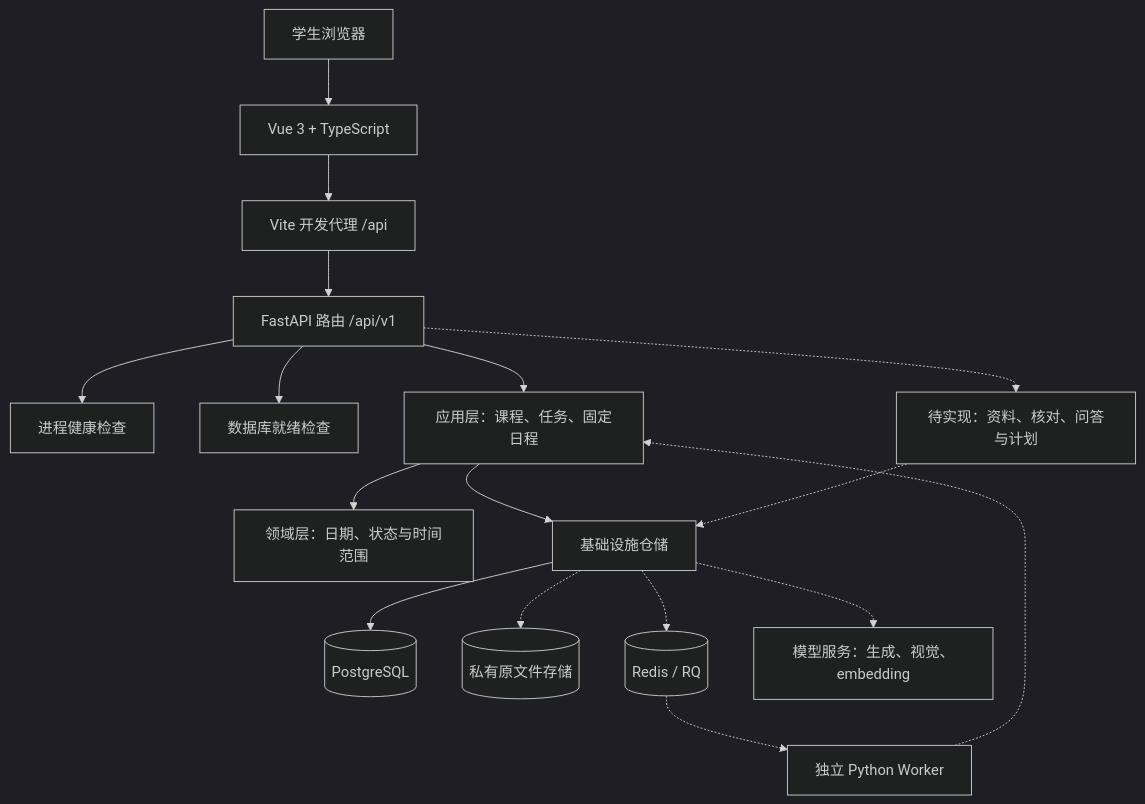
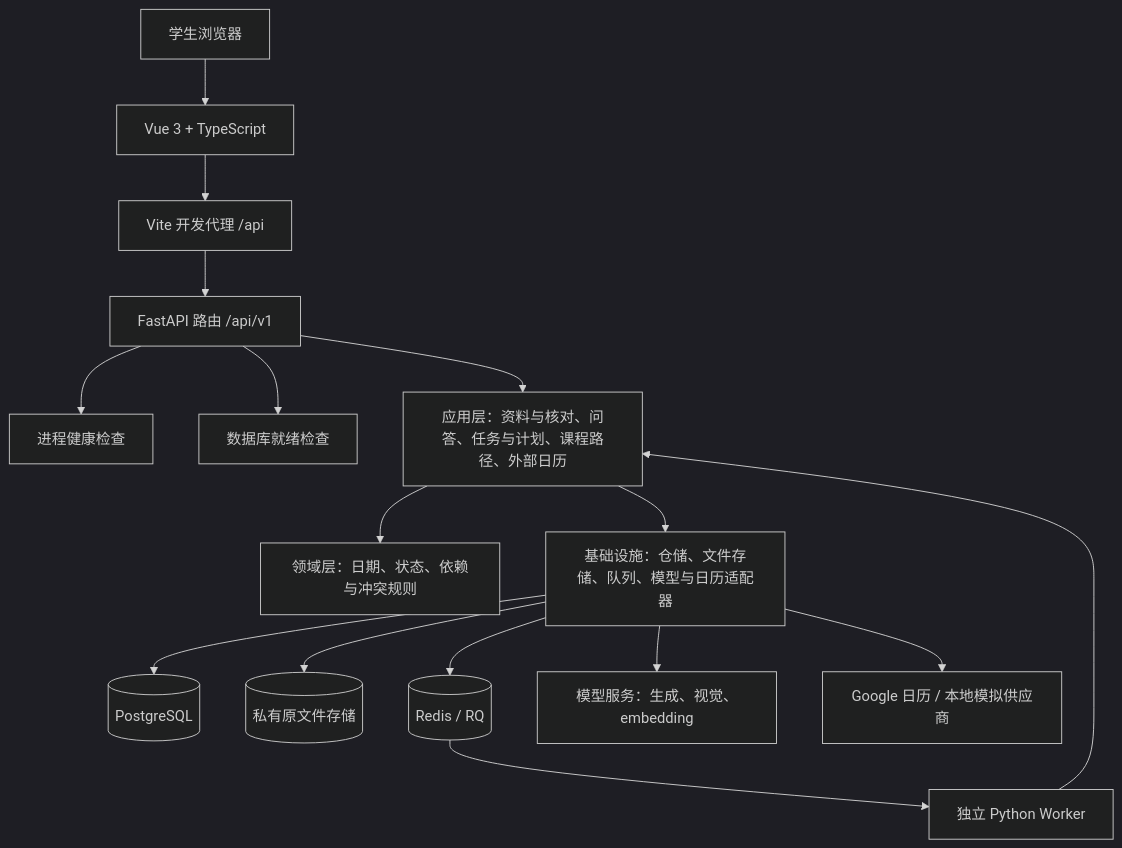
The first of 3 diagrams in docs/ARCHITECTURE.md (LUNARKN1GHT/CampusFlow), drawn with Mermaid (dark theme) before and after one commit. The commit also changed other lines of this file and 12 other files, not shown here.

````diff
--- a/docs/ARCHITECTURE.md
+++ b/docs/ARCHITECTURE.md
@@ -50,20 +50,19 @@
 ```mermaid
 flowchart TB
     User[学生浏览器] --> Web[Vue 3 + TypeScript]
     Web --> Proxy[Vite 开发代理 /api]
     Proxy --> API[FastAPI 路由 /api/v1]
     API --> Health[进程健康检查]
     API --> Ready[数据库就绪检查]
 
-    API --> UseCases[应用层：课程、任务、固定日程]
-    UseCases --> Domain[领域层：日期、状态与时间范围]
-    UseCases --> Adapters[基础设施仓储]
+    API --> UseCases[应用层：资料与核对、问答、任务与计划、课程路径、外部日历]
+    UseCases --> Domain[领域层：日期、状态、依赖与冲突规则]
+    UseCases --> Adapters[基础设施：仓储、文件存储、队列、模型与日历适配器]
     Adapters --> DB[(PostgreSQL)]
-    API -.-> Future[待实现：资料、核对、问答与计划]
-    Future -.-> Adapters
-    Adapters -.-> Files[(私有原文件存储)]
-    Adapters -.-> Queue[(Redis / RQ)]
-    Adapters -.-> Models[模型服务：生成、视觉、embedding]
-    Queue -.-> Worker[独立 Python Worker]
-    Worker -.-> UseCases
+    Adapters --> Files[(私有原文件存储)]
+    Adapters --> Queue[(Redis / RQ)]
+    Adapters --> Models[模型服务：生成、视觉、embedding]
+    Adapters --> Calendar[Google 日历 / 本地模拟供应商]
+    Queue --> Worker[独立 Python Worker]
+    Worker --> UseCases
 ```
````
